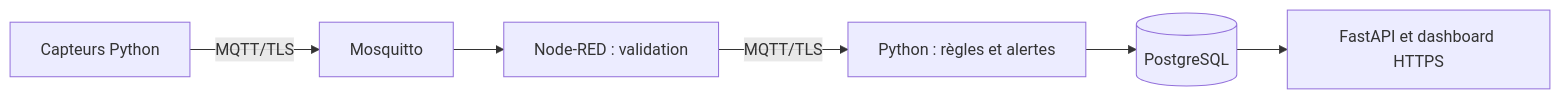
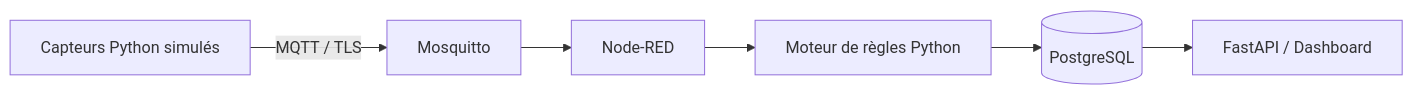
Before and after one commit to Nada040708/Smartcare: the diagram in README.md, drawn with Mermaid. The commit also changed other lines of this file and 2 other files, not shown here.

````diff
--- a/README.md
+++ b/README.md
@@ -10,8 +41,8 @@
 ```mermaid
 flowchart LR
-  A[Capteurs Python] -->|MQTT/TLS| B[Mosquitto]
-  B --> C[Node-RED : validation]
-  C -->|MQTT/TLS| D[Python : règles et alertes]
+  A[Capteurs Python simulés] -->|MQTT / TLS| B[Mosquitto]
+  B --> C[Node-RED]
+  C --> D[Moteur de règles Python]
   D --> E[(PostgreSQL)]
-  E --> F[FastAPI et dashboard HTTPS]
+  E --> F[FastAPI / Dashboard]
 ```
````
